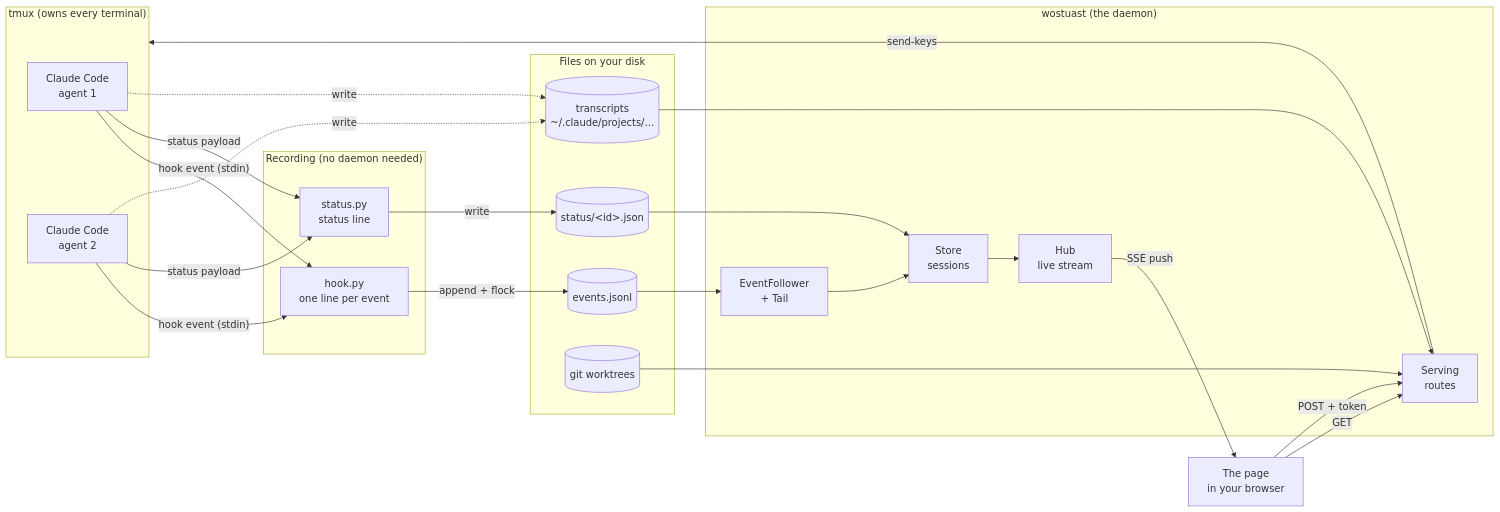
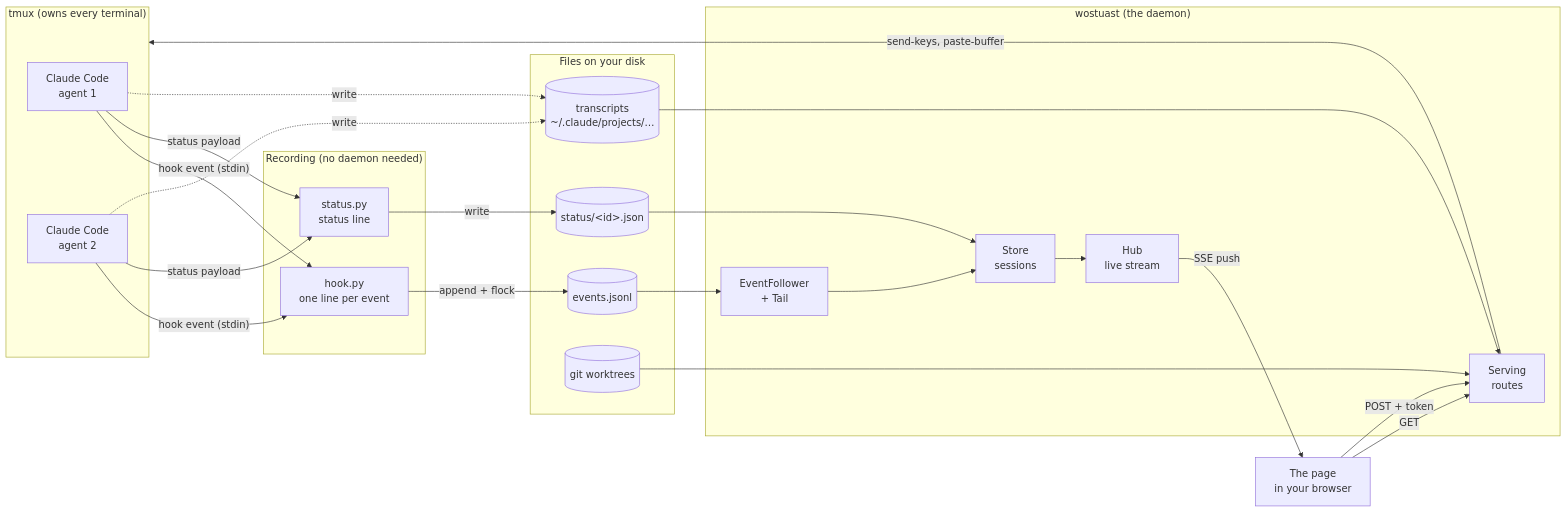
The first of 13 diagrams in ARCHITECTURE.md (martinus/wostuast), drawn with Mermaid before and after one commit. The commit also changed other lines of this file and 11 other files, not shown here.

First line of the commit message:
Send a text through a tmux paste buffer, up to 1 MiB

````diff
--- a/ARCHITECTURE.md
+++ b/ARCHITECTURE.md
@@ -122,42 +122,42 @@
 ```mermaid
 flowchart LR
     subgraph tmux["tmux (owns every terminal)"]
         CC1["Claude Code<br/>agent 1"]
         CC2["Claude Code<br/>agent 2"]
     end
 
     subgraph rec["Recording (no daemon needed)"]
         H["hook.py<br/>one line per event"]
         S["status.py<br/>status line"]
     end
 
     subgraph disk["Files on your disk"]
         L[("events.jsonl")]
         ST[("status/&lt;id&gt;.json")]
         T[("transcripts<br/>~/.claude/projects/…")]
         G[("git worktrees")]
     end
 
     subgraph daemon["wostuast (the daemon)"]
         F["EventFollower<br/>+ Tail"]
         M["Store<br/>sessions"]
         HUB["Hub<br/>live stream"]
         HTTP["Serving<br/>routes"]
     end
 
     P["The page<br/>in your browser"]
 
     CC1 & CC2 -- "hook event (stdin)" --> H
     CC1 & CC2 -- "status payload" --> S
     H -- "append + flock" --> L
     S -- "write" --> ST
     CC1 & CC2 -. "write" .-> T
     L --> F --> M
     ST --> M
     T --> HTTP
     G --> HTTP
     M --> HUB -- "SSE push" --> P
     P -- "GET" --> HTTP
     P -- "POST + token" --> HTTP
-    HTTP -- "send-keys" --> tmux
+    HTTP -- "send-keys, paste-buffer" --> tmux
 ```
````
